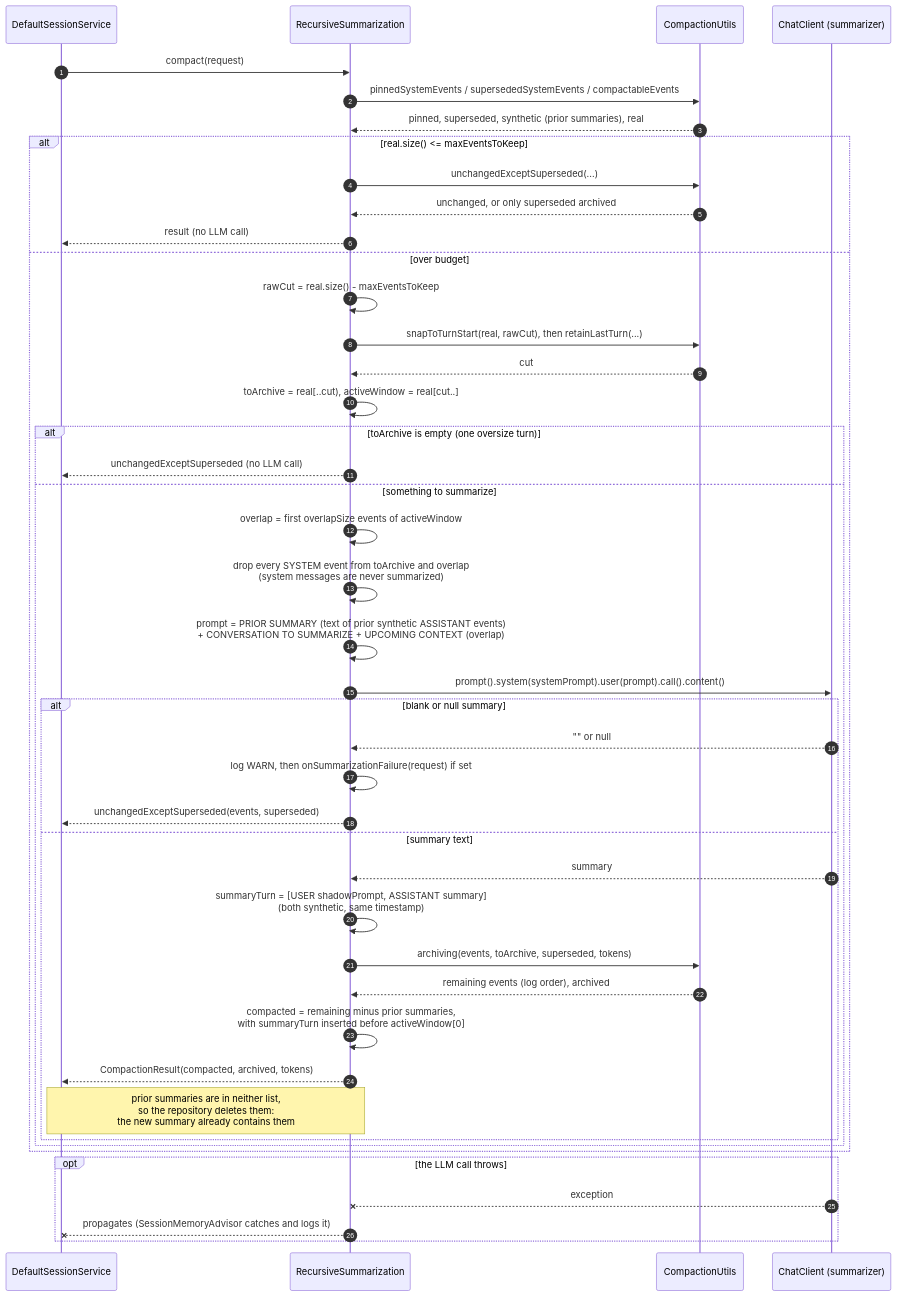
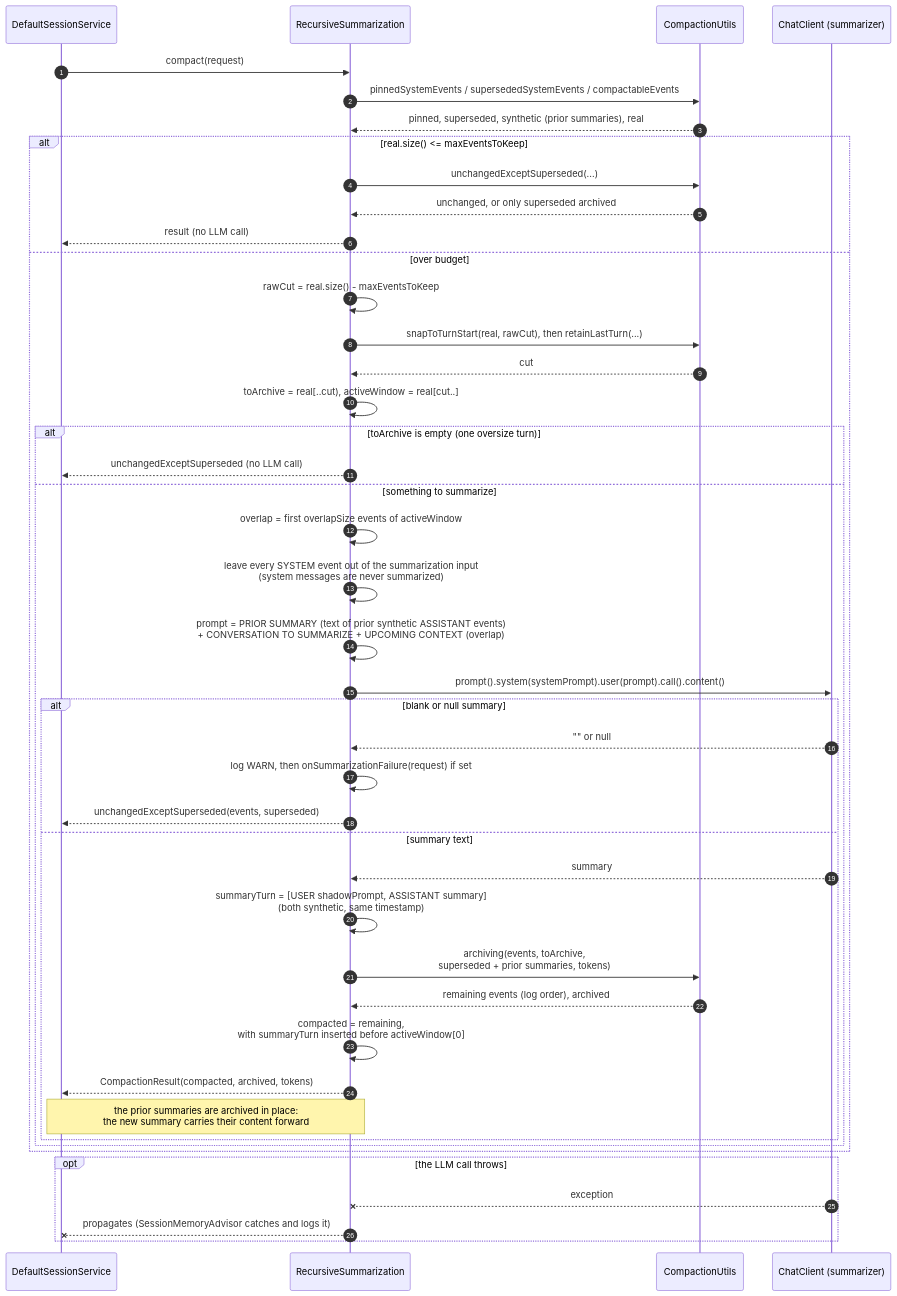
The sixth of 9 diagrams in docs/session-management/compaction-internals.md (andotorg/spring-ai-session), drawn with Mermaid before and after one commit. The commit also changed other lines of this file and 44 other files, not shown here.

````diff
--- a/docs/session-management/compaction-internals.md
+++ b/docs/session-management/compaction-internals.md
@@ -293,47 +311,47 @@
 ```mermaid
 sequenceDiagram
     autonumber
     participant Caller as DefaultSessionService
     participant R as RecursiveSummarization
     participant U as CompactionUtils
     participant LLM as ChatClient (summarizer)
 
     Caller->>R: compact(request)
     R->>U: pinnedSystemEvents / supersededSystemEvents / compactableEvents
     U-->>R: pinned, superseded, synthetic (prior summaries), real
     alt real.size() <= maxEventsToKeep
         R->>U: unchangedExceptSuperseded(...)
         U-->>R: unchanged, or only superseded archived
         R-->>Caller: result (no LLM call)
     else over budget
         R->>R: rawCut = real.size() - maxEventsToKeep
         R->>U: snapToTurnStart(real, rawCut), then retainLastTurn(...)
         U-->>R: cut
         R->>R: toArchive = real[..cut), activeWindow = real[cut..]
         alt toArchive is empty (one oversize turn)
             R-->>Caller: unchangedExceptSuperseded (no LLM call)
         else something to summarize
             R->>R: overlap = first overlapSize events of activeWindow
-            R->>R: drop every SYSTEM event from toArchive and overlap<br/>(system messages are never summarized)
+            R->>R: leave every SYSTEM event out of the summarization input<br/>(system messages are never summarized)
             R->>R: prompt = PRIOR SUMMARY (text of prior synthetic ASSISTANT events)<br/>+ CONVERSATION TO SUMMARIZE + UPCOMING CONTEXT (overlap)
             R->>LLM: prompt().system(systemPrompt).user(prompt).call().content()
             alt blank or null summary
                 LLM-->>R: "" or null
                 R->>R: log WARN, then onSummarizationFailure(request) if set
                 R-->>Caller: unchangedExceptSuperseded(events, superseded)
             else summary text
                 LLM-->>R: summary
                 R->>R: summaryTurn = [USER shadowPrompt, ASSISTANT summary]<br/>(both synthetic, same timestamp)
-                R->>U: archiving(events, toArchive, superseded, tokens)
+                R->>U: archiving(events, toArchive,<br/>superseded + prior summaries, tokens)
                 U-->>R: remaining events (log order), archived
-                R->>R: compacted = remaining minus prior summaries,<br/>with summaryTurn inserted before activeWindow[0]
+                R->>R: compacted = remaining,<br/>with summaryTurn inserted before activeWindow[0]
                 R-->>Caller: CompactionResult(compacted, archived, tokens)
-                Note over R,Caller: prior summaries are in neither list,<br/>so the repository deletes them:<br/>the new summary already contains them
+                Note over R,Caller: the prior summaries are archived in place:<br/>the new summary carries their content forward
             end
         end
     end
     opt the LLM call throws
         LLM--xR: exception
         R--xCaller: propagates (SessionMemoryAdvisor catches and logs it)
     end
 ```
````
